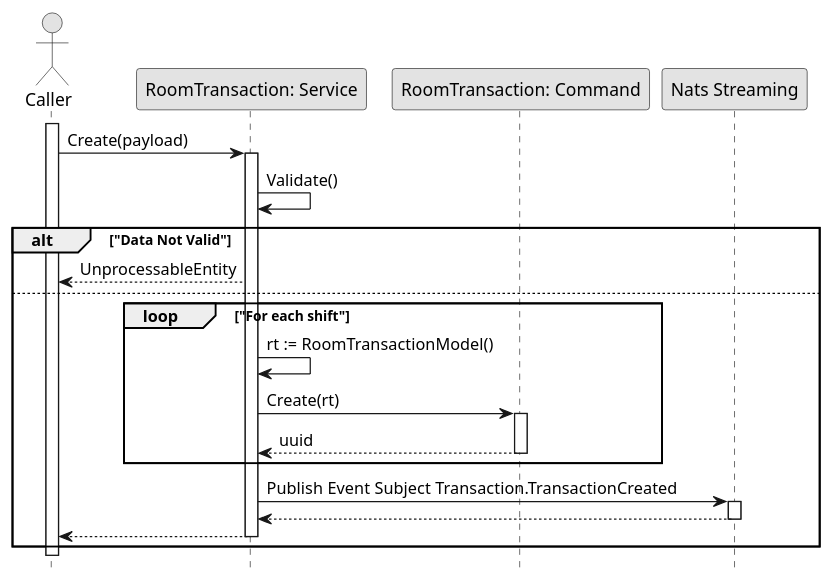
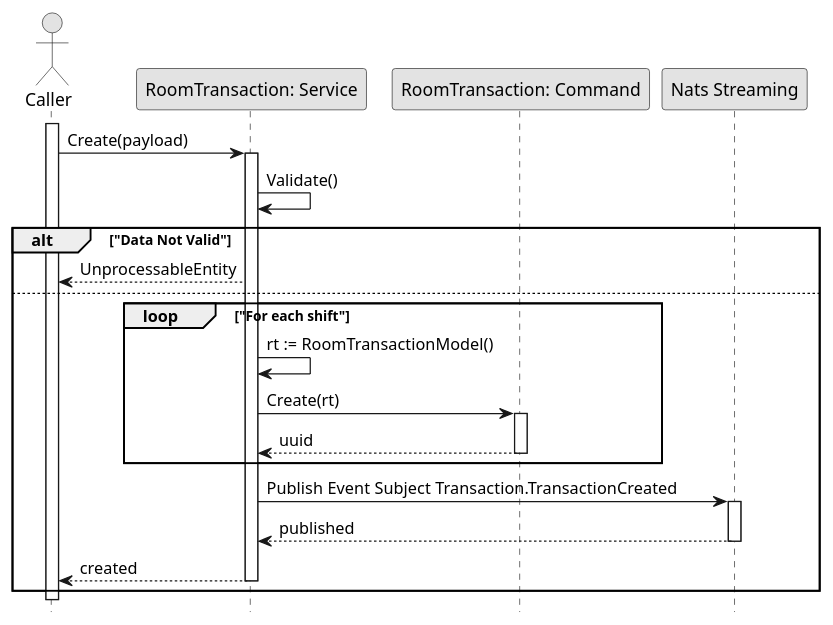
Before and after one commit to fwidjaya20/fazzlearning-uml: the diagram in Sequence/Release02/CreateRoomTransaction.wsd, drawn with PlantUML. The commit also changed 26 other files, not shown here.

Commit message:
fix(sequence): adding return wording

```diff
--- a/Sequence/Release02/CreateRoomTransaction.wsd
+++ b/Sequence/Release02/CreateRoomTransaction.wsd
@@ -1,39 +1,39 @@
 @startuml CreateRoomTransaction
 
 skinparam ConditionStyle hline
 skinparam Monochrome true
 skinparam Shadowing false
 hide footbox
 
 actor Caller
 participant "RoomTransaction: Service" as RoomTransactionService
 participant "RoomTransaction: Command" as RoomTransactionCommand
 participant "Nats Streaming" as NatsStreaming
 
 activate Caller
 
 Caller->RoomTransactionService: Create(payload)
 activate RoomTransactionService
 RoomTransactionService->RoomTransactionService: Validate()
 alt "Data Not Valid"
     RoomTransactionService-->Caller: UnprocessableEntity
 else
     loop "For each shift"
         RoomTransactionService->RoomTransactionService: rt := RoomTransactionModel()
         RoomTransactionService->RoomTransactionCommand: Create(rt)
         activate RoomTransactionCommand
         RoomTransactionCommand-->RoomTransactionService: uuid
         deactivate RoomTransactionCommand
     end
 
     RoomTransactionService->NatsStreaming: Publish Event Subject Transaction.TransactionCreated
     activate NatsStreaming
-    NatsStreaming-->RoomTransactionService
+    NatsStreaming-->RoomTransactionService: published
     deactivate NatsStreaming
-    RoomTransactionService-->Caller
+    RoomTransactionService-->Caller: created
     deactivate RoomTransactionService
 end
 
 deactivate Caller
 
 @enduml
```
